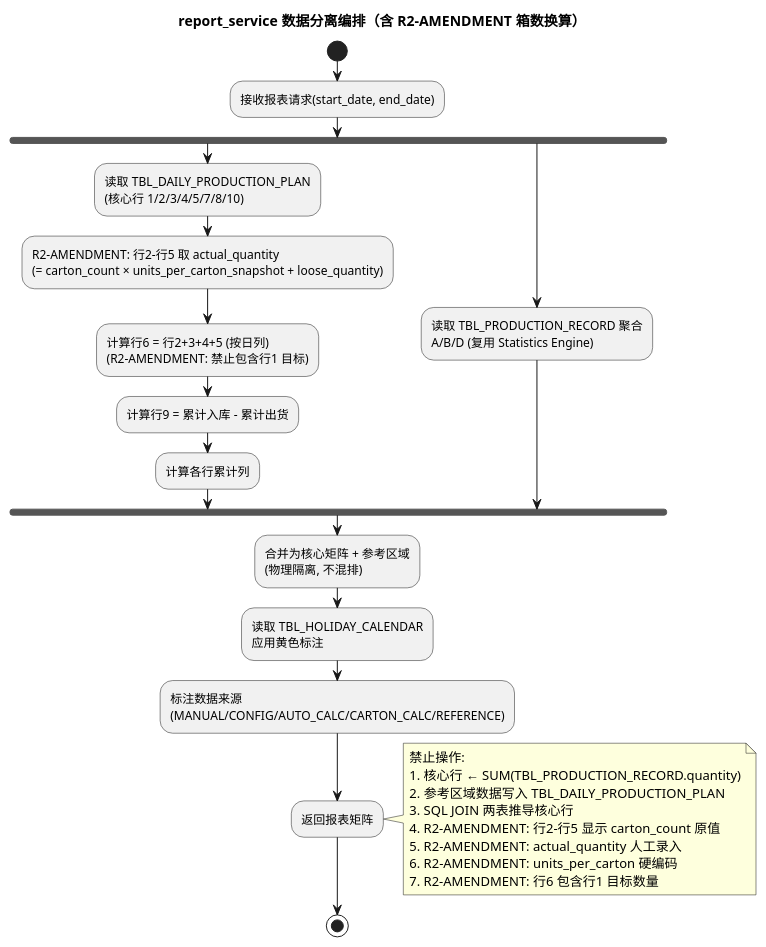
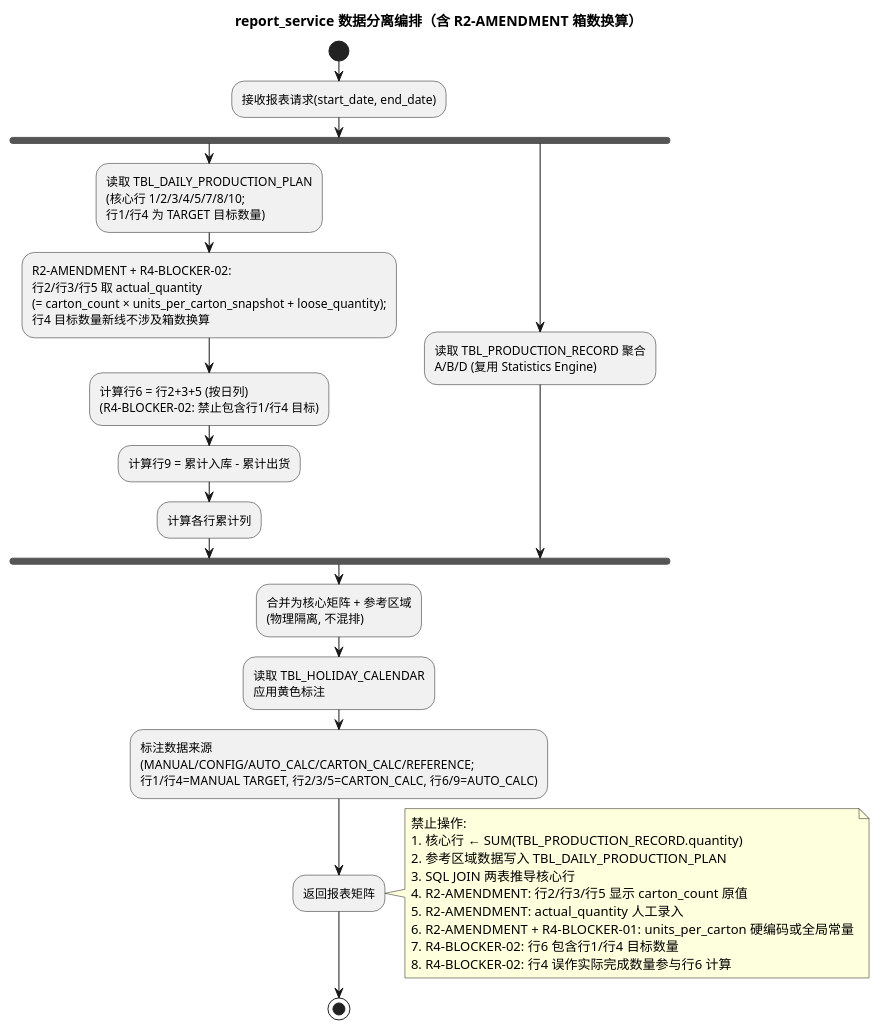
Diagram 13 of 14 in .codeartsdoer/specs/hwview_platform/design.md (wujupeng/HWView), drawn with PlantUML before and after one commit. The commit also changed other lines of this file and 1 other file, not shown here.

First line of the commit message:
Fix R4-BLOCKER-01+02: carton spec scope + formula row6=row2+row3+row5

````diff
--- a/.codeartsdoer/specs/hwview_platform/design.md
+++ b/.codeartsdoer/specs/hwview_platform/design.md
@@ -2836,37 +2860,38 @@
 ```plantuml
 @startuml
 title report_service 数据分离编排（含 R2-AMENDMENT 箱数换算）
 
 start
 :接收报表请求(start_date, end_date);
 
 fork
-  :读取 TBL_DAILY_PRODUCTION_PLAN\n(核心行 1/2/3/4/5/7/8/10);
-  :R2-AMENDMENT: 行2-行5 取 actual_quantity\n(= carton_count × units_per_carton_snapshot + loose_quantity);
-  :计算行6 = 行2+3+4+5 (按日列)\n(R2-AMENDMENT: 禁止包含行1 目标);
+  :读取 TBL_DAILY_PRODUCTION_PLAN\n(核心行 1/2/3/4/5/7/8/10;\n行1/行4 为 TARGET 目标数量);
+  :R2-AMENDMENT + R4-BLOCKER-02:\n行2/行3/行5 取 actual_quantity\n(= carton_count × units_per_carton_snapshot + loose_quantity);\n行4 目标数量新线不涉及箱数换算;
+  :计算行6 = 行2+3+5 (按日列)\n(R4-BLOCKER-02: 禁止包含行1/行4 目标);
   :计算行9 = 累计入库 - 累计出货;
   :计算各行累计列;
 fork again
   :读取 TBL_PRODUCTION_RECORD 聚合\nA/B/D (复用 Statistics Engine);
 end fork
 
 :合并为核心矩阵 + 参考区域\n(物理隔离, 不混排);
 :读取 TBL_HOLIDAY_CALENDAR\n应用黄色标注;
-:标注数据来源\n(MANUAL/CONFIG/AUTO_CALC/CARTON_CALC/REFERENCE);
+:标注数据来源\n(MANUAL/CONFIG/AUTO_CALC/CARTON_CALC/REFERENCE;\n行1/行4=MANUAL TARGET, 行2/3/5=CARTON_CALC, 行6/9=AUTO_CALC);
 :返回报表矩阵;
 
 note right
   禁止操作:
   1. 核心行 ← SUM(TBL_PRODUCTION_RECORD.quantity)
   2. 参考区域数据写入 TBL_DAILY_PRODUCTION_PLAN
   3. SQL JOIN 两表推导核心行
-  4. R2-AMENDMENT: 行2-行5 显示 carton_count 原值
+  4. R2-AMENDMENT: 行2/行3/行5 显示 carton_count 原值
   5. R2-AMENDMENT: actual_quantity 人工录入
-  6. R2-AMENDMENT: units_per_carton 硬编码
-  7. R2-AMENDMENT: 行6 包含行1 目标数量
+  6. R2-AMENDMENT + R4-BLOCKER-01: units_per_carton 硬编码或全局常量
+  7. R4-BLOCKER-02: 行6 包含行1/行4 目标数量
+  8. R4-BLOCKER-02: 行4 误作实际完成数量参与行6 计算
 end note
 
 stop
 
 @enduml
 ```
````
